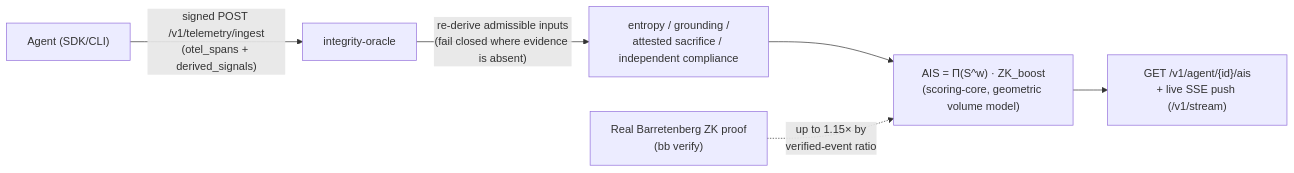
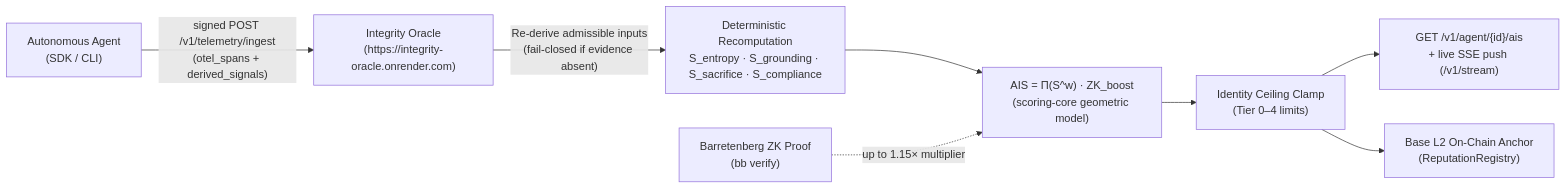
The diagram in docs/wiki/concepts/ais.md (XibalbaTechSol/integrity-core), drawn with Mermaid before and after one commit. The commit also changed other lines of this file and 22 other files, not shown here.

````diff
--- a/docs/wiki/concepts/ais.md
+++ b/docs/wiki/concepts/ais.md
@@ -57,8 +74,10 @@
 ```mermaid
 flowchart LR
-    Agent["Agent (SDK/CLI)"] -->|"signed POST /v1/telemetry/ingest<br/>(otel_spans + derived_signals)"| Oracle["integrity-oracle"]
-    Oracle -->|"re-derive admissible inputs<br/>(fail closed where evidence is absent)"| Recompute["entropy / grounding /<br/>attested sacrifice / independent compliance"]
-    Recompute --> Formula["AIS = Π(S^w) · ZK_boost<br/>(scoring-core, geometric volume model)"]
-    ZK["Real Barretenberg ZK proof<br/>(bb verify)"] -.->|"up to 1.15× by<br/>verified-event ratio"| Formula
-    Formula --> API["GET /v1/agent/{id}/ais<br/>+ live SSE push (/v1/stream)"]
+    Agent["Autonomous Agent<br/>(SDK / CLI)"] -->|"signed POST /v1/telemetry/ingest<br/>(otel_spans + derived_signals)"| Oracle["Integrity Oracle<br/>(https://integrity-oracle.onrender.com)"]
+    Oracle -->|"Re-derive admissible inputs<br/>(fail-closed if evidence absent)"| Recompute["Deterministic Recomputation<br/>S_entropy · S_grounding · S_sacrifice · S_compliance"]
+    Recompute --> Formula["AIS = Π(S^w) · ZK_boost<br/>(scoring-core geometric model)"]
+    ZK["Barretenberg ZK Proof<br/>(bb verify)"] -.->|"up to 1.15× multiplier"| Formula
+    Formula --> Tier["Identity Ceiling Clamp<br/>(Tier 0–4 limits)"]
+    Tier --> API["GET /v1/agent/{id}/ais<br/>+ live SSE push (/v1/stream)"]
+    Tier --> Chain["Base L2 On-Chain Anchor<br/>(ReputationRegistry)"]
 ```
````
